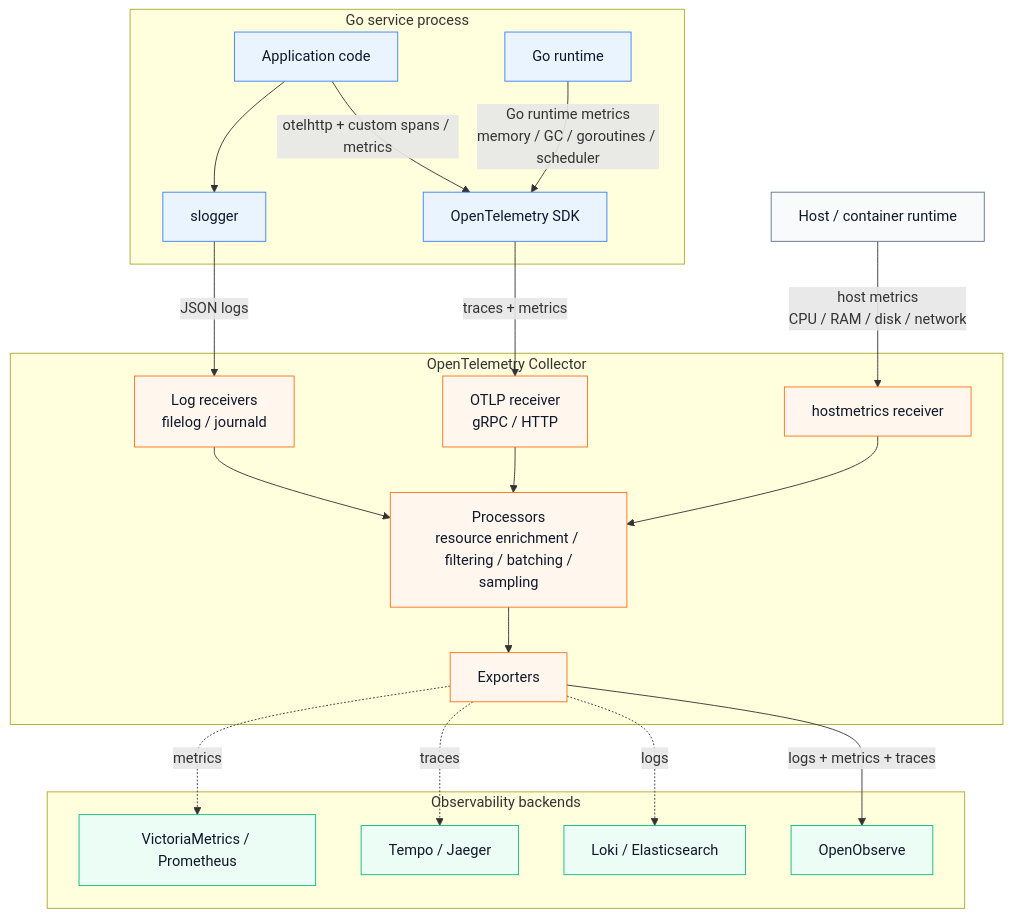
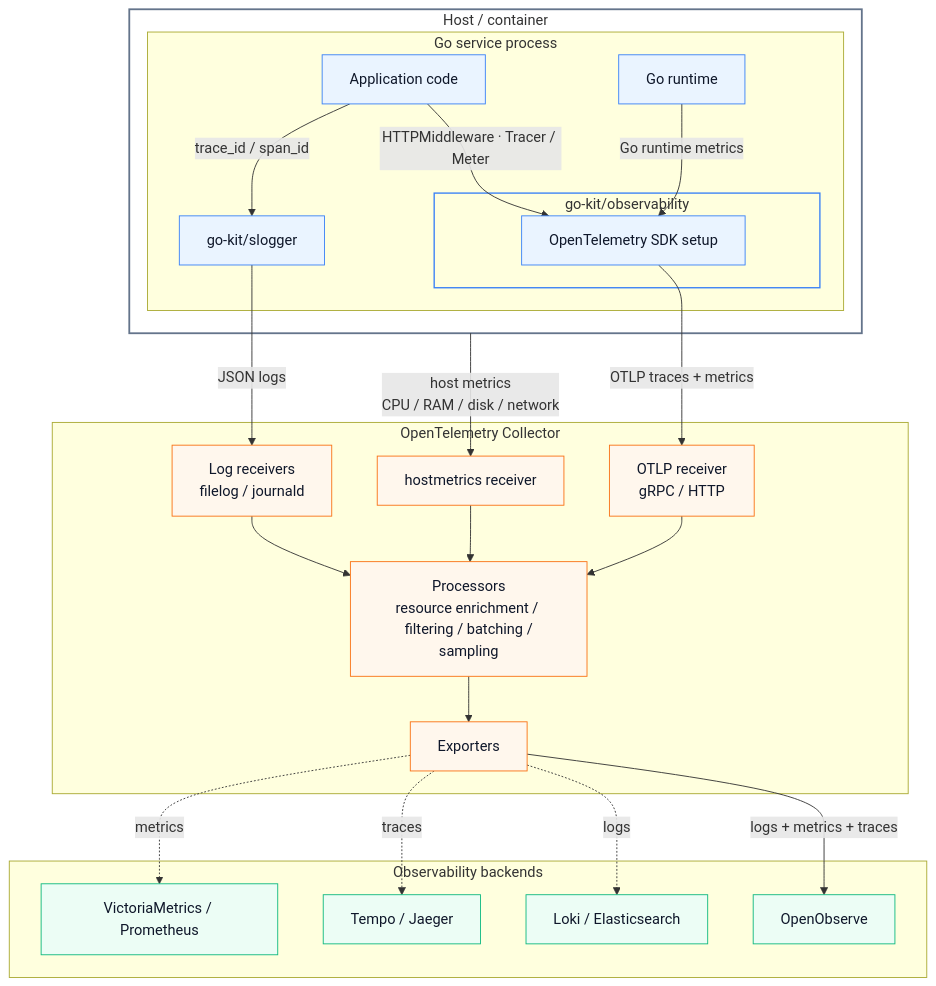
One commit to LeKovr/go-kit changed the diagram in observability/architecture.md. Above: the diagram before and after it, drawn with Mermaid. The commit also changed 1 other file, not shown here.

Commit message:
observability: clarify architecture and update semconv

````diff
--- a/observability/architecture.md
+++ b/observability/architecture.md
@@ -11,53 +11,58 @@
 ```mermaid
 flowchart TB
-    subgraph app_layer["Go service process"]
-        app["Application code"]
-        runtime["Go runtime"]
-        otel["OpenTelemetry SDK"]
-        logger["slogger"]
+    subgraph host_layer["Host / container"]
+        subgraph app_layer["Go service process"]
+            app["Application code"]
+            runtime["Go runtime"]
 
-        app --> |"otelhttp + custom spans / metrics"| otel
-        runtime -->|"Go runtime metrics<br/>memory / GC / goroutines / scheduler"| otel
-        app --> logger
+            subgraph observability_layer["go-kit/observability"]
+                otel["OpenTelemetry SDK setup"]
+            end
+
+            logger["go-kit/slogger"]
+
+            app -->|"HTTPMiddleware · Tracer / Meter"| otel
+            runtime -->|"Go runtime metrics"| otel
+            app -->|"trace_id / span_id"| logger
+        end
     end
-
-    host["Host / container runtime"]
 
     subgraph collector_layer["OpenTelemetry Collector"]
         otlp_receiver["OTLP receiver<br/>gRPC / HTTP"]
         log_receiver["Log receivers<br/>filelog / journald"]
         hostmetrics_receiver["hostmetrics receiver"]
         processors["Processors<br/>resource enrichment / <br/> filtering / batching / sampling"]
         exporters["Exporters"]
 
         otlp_receiver --> processors
         log_receiver --> processors
         hostmetrics_receiver --> processors
         processors --> exporters
     end
 
     subgraph backend_layer["Observability backends"]
         openobserve["OpenObserve"]
         logs_backend["Loki / Elasticsearch"]
         traces_backend["Tempo / Jaeger"]
         metrics_backend["VictoriaMetrics / Prometheus"]
     end
 
-    otel -->|"traces + metrics"| otlp_receiver
+    otel -->|"OTLP traces + metrics"| otlp_receiver
     logger -->|"JSON logs"| log_receiver
-    host -->|"host metrics<br/>CPU / RAM / disk / network"| hostmetrics_receiver
+    host_layer -->|"host metrics<br/>CPU / RAM / disk / network"| hostmetrics_receiver
     exporters -->|"logs + metrics + traces"| openobserve
     exporters -.->|"logs"| logs_backend
     exporters -.->|"traces"| traces_backend
     exporters -.->|"metrics"| metrics_backend
 
     classDef app fill:#eaf4ff,stroke:#3b82f6,color:#0f172a
-    classDef boundary fill:#f8fafc,stroke:#64748b,color:#0f172a
     classDef collector fill:#fff7ed,stroke:#f97316,color:#0f172a
     classDef backend fill:#ecfdf5,stroke:#10b981,color:#0f172a
 
-    class app,otel,runtime,logger app
-    class host boundary
+    class app,runtime,logger,otel app
     class otlp_receiver,log_receiver,hostmetrics_receiver,processors,exporters collector
     class openobserve,logs_backend,traces_backend,metrics_backend backend
+
+    style host_layer fill:none,stroke:#64748b,stroke-width:2px
+    style observability_layer fill:none,stroke:#3b82f6,stroke-width:1.5px
 ```
````
